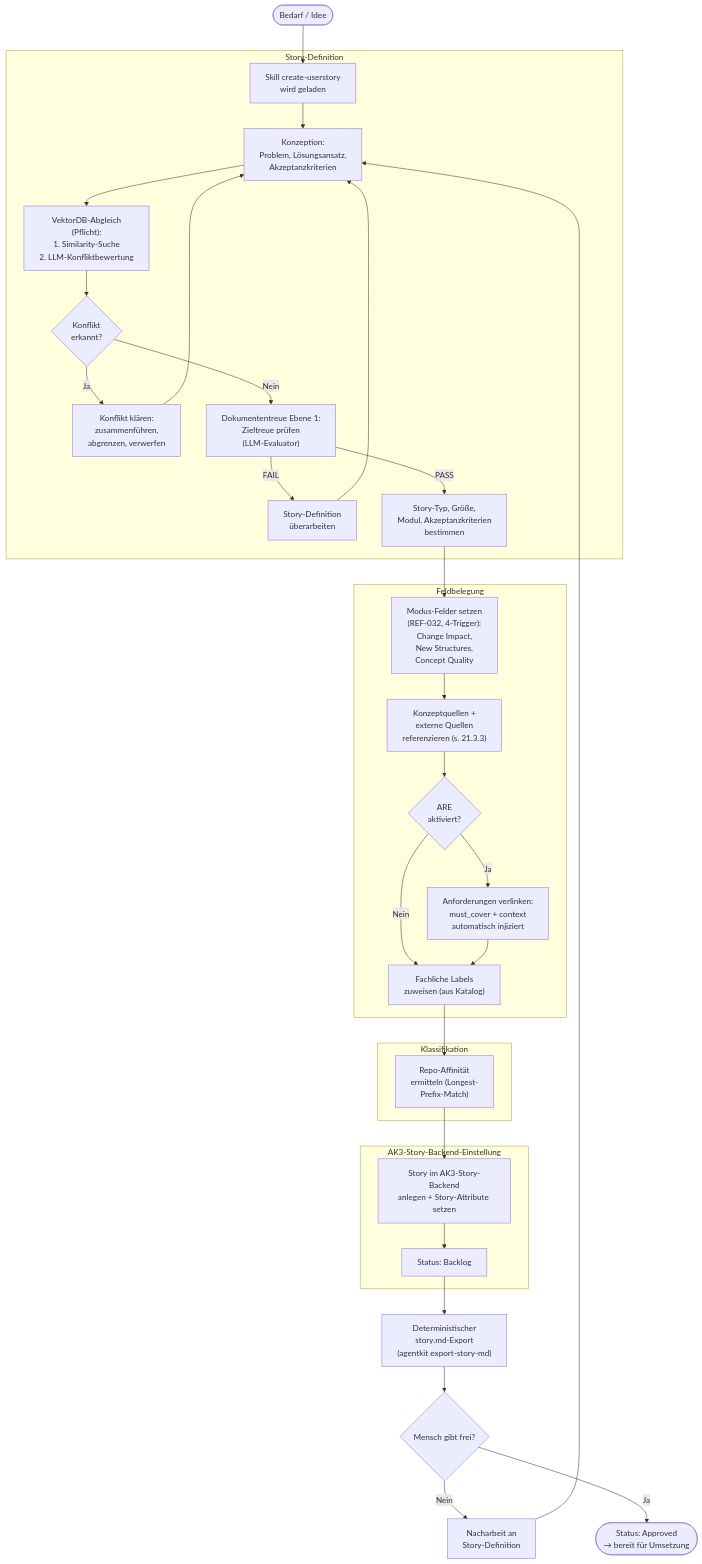
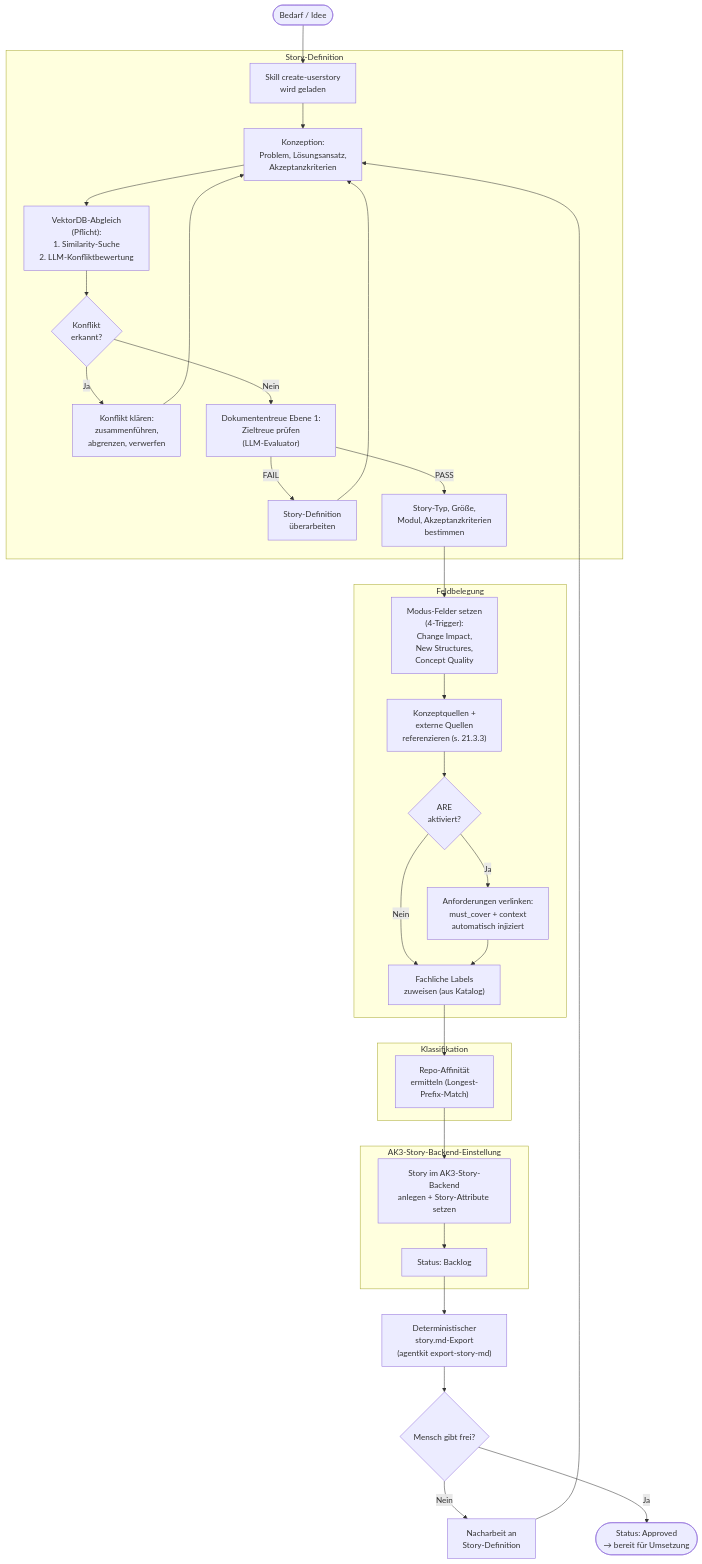
Before and after one commit to saltenhof/claude-agentkit3: the diagram in concept/technical-design/21_story_creation_pipeline.md, drawn with Mermaid. The commit also changed other lines of this file and 66 other files, not shown here.

````diff
--- a/concept/technical-design/21_story_creation_pipeline.md
+++ b/concept/technical-design/21_story_creation_pipeline.md
@@ -129,47 +129,47 @@
 ```mermaid
 flowchart TD
     TRIGGER(["Bedarf / Idee"]) --> SKILL["Skill create-userstory<br/>wird geladen"]
 
     subgraph DEFINITION ["Story-Definition"]
         SKILL --> KONZEPT["Konzeption:<br/>Problem, Lösungsansatz,<br/>Akzeptanzkriterien"]
         KONZEPT --> SEARCH["VektorDB-Abgleich<br/>(Pflicht):<br/>1. Similarity-Suche<br/>2. LLM-Konfliktbewertung"]
 
         SEARCH --> CONFLICT{"Konflikt<br/>erkannt?"}
         CONFLICT -->|Ja| RESOLVE["Konflikt klären:<br/>zusammenführen,<br/>abgrenzen, verwerfen"]
         RESOLVE --> KONZEPT
         CONFLICT -->|Nein| ZIELTREUE
 
         ZIELTREUE["Dokumententreue Ebene 1:<br/>Zieltreue prüfen<br/>(LLM-Evaluator)"]
         ZIELTREUE -->|FAIL| REWORK_Z["Story-Definition<br/>überarbeiten"]
         REWORK_Z --> KONZEPT
         ZIELTREUE -->|PASS| FIELDS
     end
 
     subgraph FIELDS_PHASE ["Feldbelegung"]
         FIELDS["Story-Typ, Größe,<br/>Modul, Akzeptanzkriterien<br/>bestimmen"]
-        FIELDS --> MODE_FIELDS["Modus-Felder setzen<br/>(REF-032, 4-Trigger):<br/>Change Impact,<br/>New Structures,<br/>Concept Quality"]
+        FIELDS --> MODE_FIELDS["Modus-Felder setzen<br/>(4-Trigger):<br/>Change Impact,<br/>New Structures,<br/>Concept Quality"]
         MODE_FIELDS --> CONCEPT_REF["Konzeptquellen +<br/>externe Quellen<br/>referenzieren (s. 21.3.3)"]
         CONCEPT_REF --> ARE_CHECK{"ARE<br/>aktiviert?"}
 
         ARE_CHECK -->|Ja| ARE_LINK["Anforderungen verlinken:<br/>must_cover + context<br/>automatisch injiziert"]
         ARE_CHECK -->|Nein| LABELS
         ARE_LINK --> LABELS
     end
 
     subgraph KLASSIFIKATION ["Klassifikation"]
         LABELS["Fachliche Labels<br/>zuweisen (aus Katalog)"]
         LABELS --> REPO_AFF["Repo-Affinität<br/>ermitteln (Longest-<br/>Prefix-Match)"]
     end
 
     subgraph EINSTELLUNG ["AK3-Story-Backend-Einstellung"]
         PROJECT["Story im AK3-Story-Backend<br/>anlegen + Story-Attribute setzen"]
         PROJECT --> BACKLOG["Status: Backlog"]
     end
     REPO_AFF --> PROJECT
 
     BACKLOG --> EXPORT["Deterministischer<br/>story.md-Export<br/>(agentkit export-story-md)"]
     EXPORT --> FREIGABE{"Mensch gibt frei?"}
     FREIGABE -->|Nein| REWORK["Nacharbeit an<br/>Story-Definition"]
     REWORK --> KONZEPT
     FREIGABE -->|Ja| APPROVED(["Status: Approved<br/>→ bereit für Umsetzung"])
 ```
````
